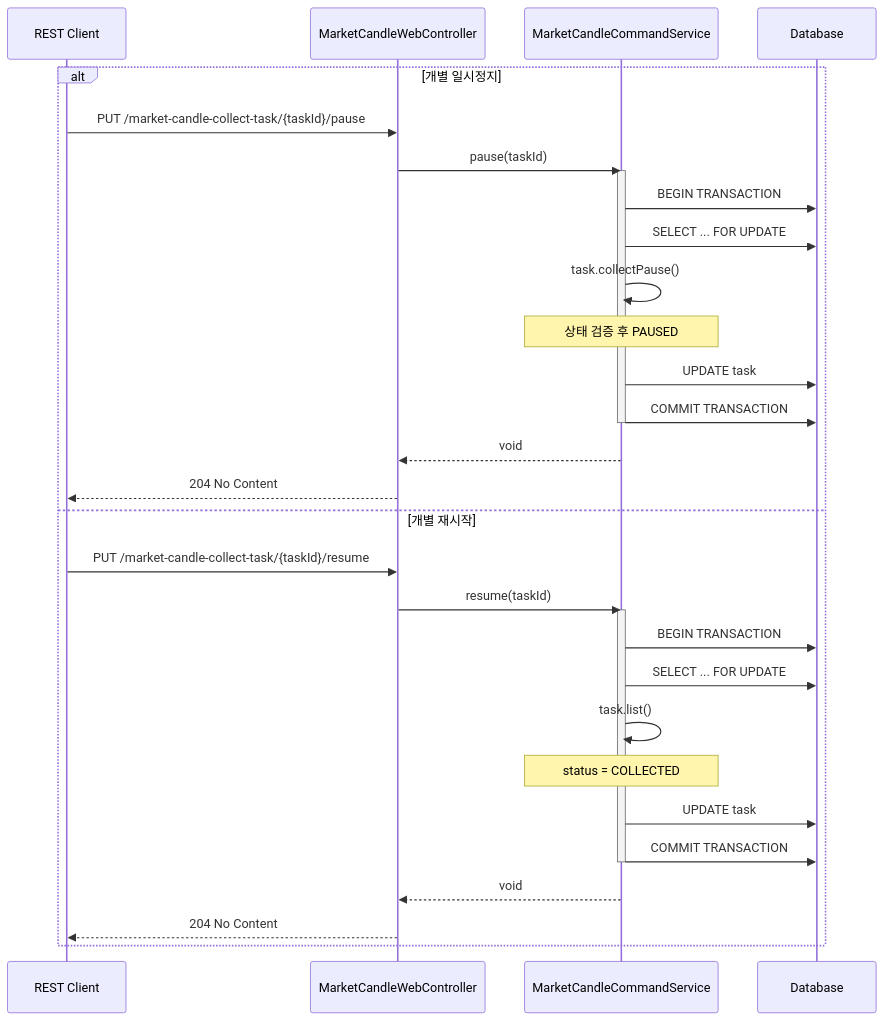
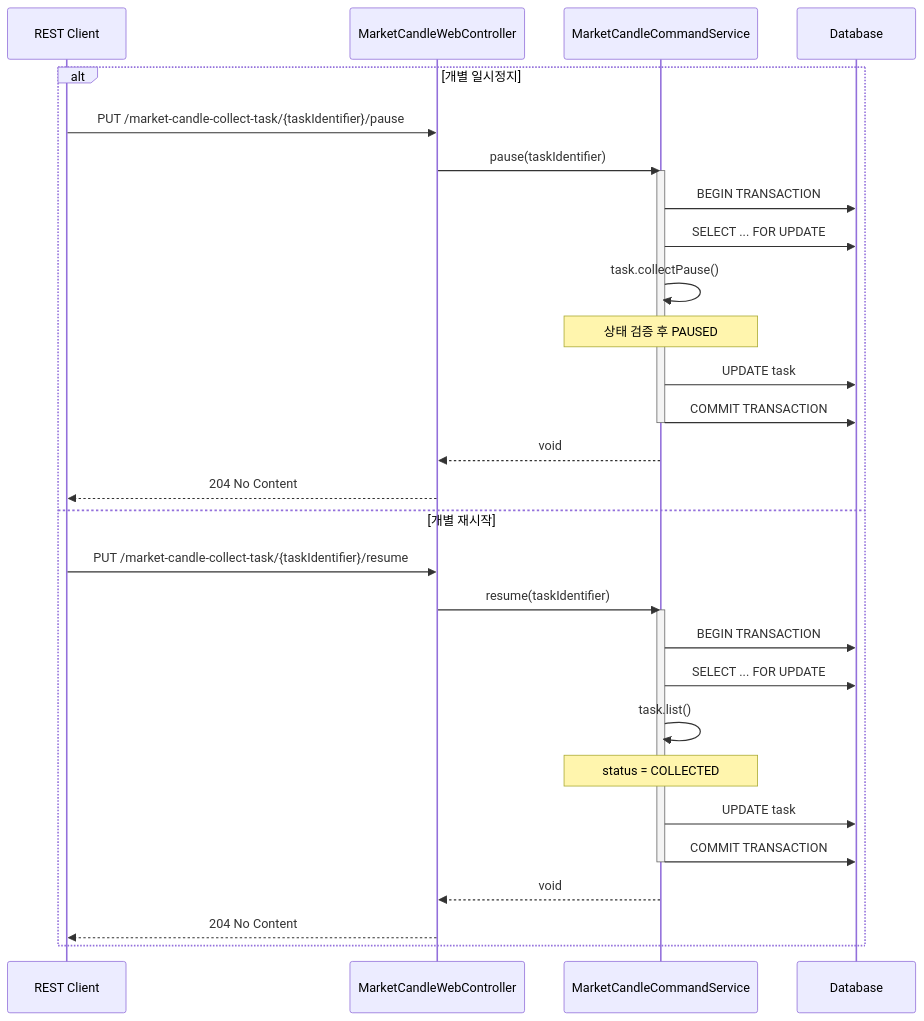
Before and after one commit to Trade-Pilot/.github: the seventh of 17 diagrams in backend/market/sequence-diagram.md, drawn with Mermaid. The commit also changed other lines of this file and 17 other files, not shown here.

````diff
--- a/backend/market/sequence-diagram.md
+++ b/backend/market/sequence-diagram.md
@@ -320,39 +320,39 @@
 ```mermaid
 sequenceDiagram
     participant Client as REST Client
     participant Controller as MarketCandleWebController
     participant Service as MarketCandleCommandService
     participant DB as Database
 
     alt 개별 일시정지
-        Client->>Controller: PUT /market-candle-collect-task/{taskId}/pause
-        Controller->>Service: pause(taskId)
+        Client->>Controller: PUT /market-candle-collect-task/{taskIdentifier}/pause
+        Controller->>Service: pause(taskIdentifier)
 
         activate Service
         Service->>DB: BEGIN TRANSACTION
         Service->>DB: SELECT ... FOR UPDATE
         Service->>Service: task.collectPause()
         Note over Service: 상태 검증 후 PAUSED
         Service->>DB: UPDATE task
         Service->>DB: COMMIT TRANSACTION
         deactivate Service
 
         Service-->>Controller: void
         Controller-->>Client: 204 No Content
     else 개별 재시작
-        Client->>Controller: PUT /market-candle-collect-task/{taskId}/resume
-        Controller->>Service: resume(taskId)
+        Client->>Controller: PUT /market-candle-collect-task/{taskIdentifier}/resume
+        Controller->>Service: resume(taskIdentifier)
 
         activate Service
         Service->>DB: BEGIN TRANSACTION
         Service->>DB: SELECT ... FOR UPDATE
         Service->>Service: task.list()
         Note over Service: status = COLLECTED
         Service->>DB: UPDATE task
         Service->>DB: COMMIT TRANSACTION
         deactivate Service
 
         Service-->>Controller: void
         Controller-->>Client: 204 No Content
     end
 ```
````
